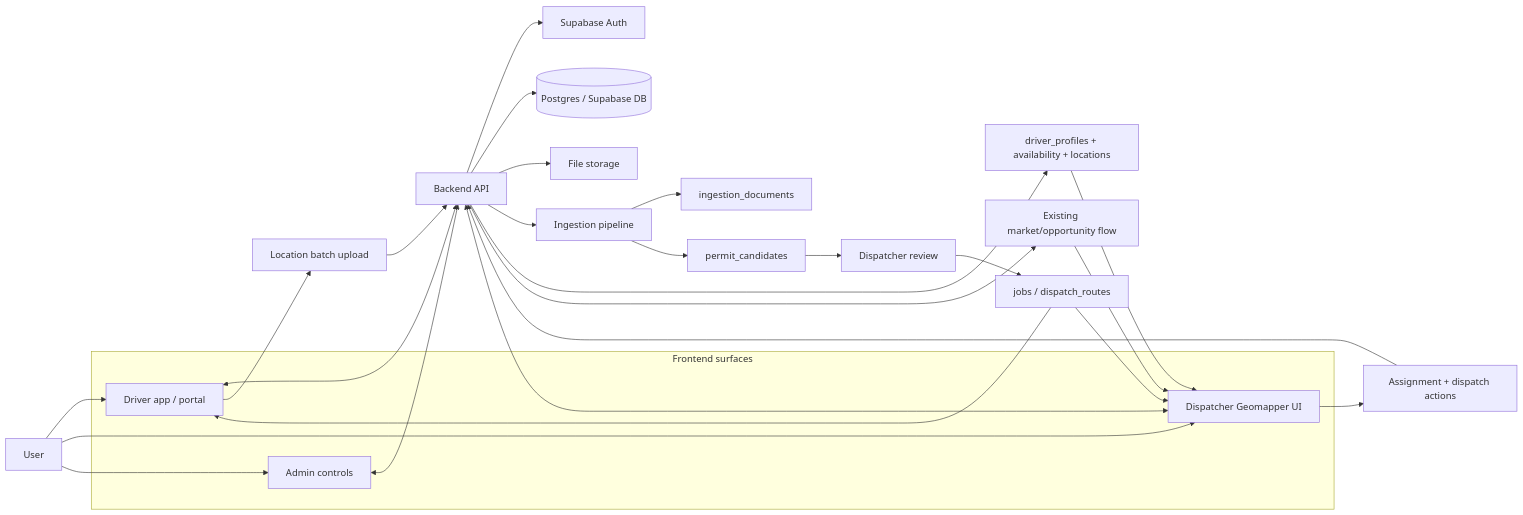
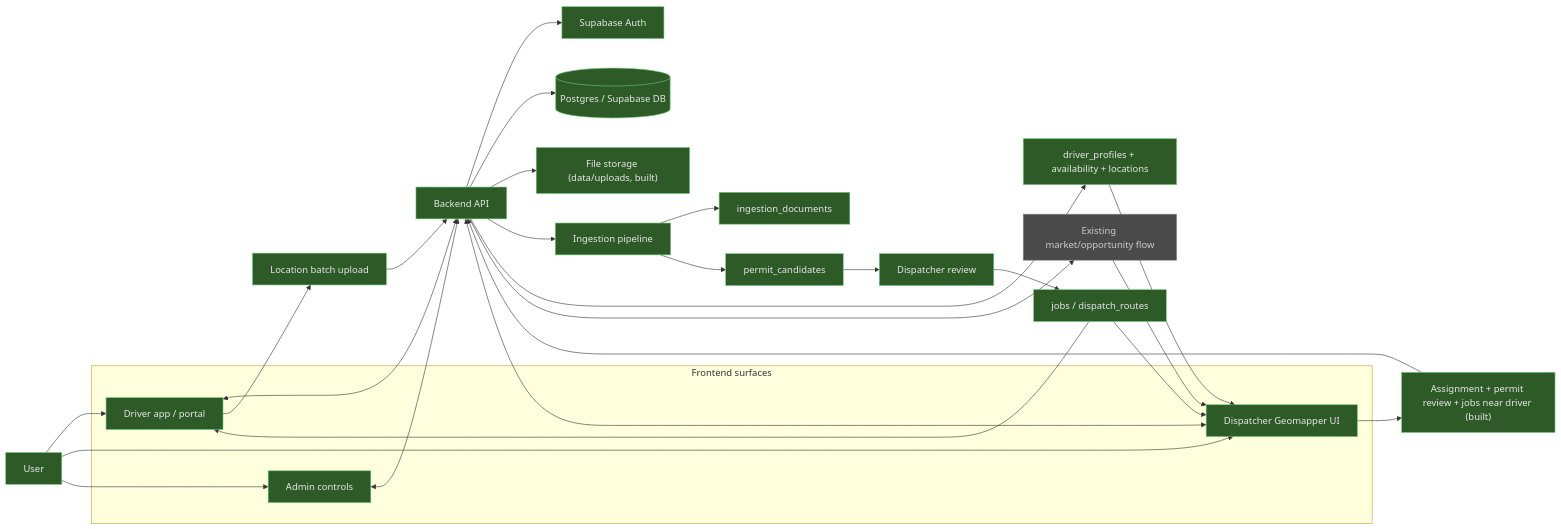
Before and after one commit to AlexGuruz/gigatt-geomapper: the first of 24 diagrams in plan.md, drawn with Mermaid. The commit also changed other lines of this file and 52 other files, not shown here.

````diff
--- a/plan.md
+++ b/plan.md
@@ -33,39 +39,45 @@
 ```mermaid
 flowchart LR
+    classDef built fill:#2d5a27,stroke:#6bcf7c,color:#e8e8e8
+    classDef unbuilt fill:#4a4a4a,stroke:#888,color:#ccc
+
     U[User] --> Driver[Driver app / portal]
     U --> Dispatch[Dispatcher Geomapper UI]
     U --> Admin[Admin controls]
 
     subgraph Frontend["Frontend surfaces"]
         Driver
         Dispatch
         Admin
     end
 
     Driver <--> API[Backend API]
     Dispatch <--> API
     Admin <--> API
 
     API --> Auth[Supabase Auth]
     API --> DB[(Postgres / Supabase DB)]
-    API --> Store[File storage]
+    API --> Store["File storage (data/uploads, built)"]
 
     Driver --> Batch[Location batch upload]
     Batch --> API
 
-    Dispatch --> Assign[Assignment + dispatch actions]
+    Dispatch --> Assign["Assignment + permit review + jobs near driver (built)"]
     Assign --> API
 
     API --> Ingest[Ingestion pipeline]
     Ingest --> InDoc[ingestion_documents]
     Ingest --> Candidate[permit_candidates]
     Candidate --> Review[Dispatcher review]
     Review --> Job[jobs / dispatch_routes]
     Job --> Driver
 
     API --> Drivers[driver_profiles + availability + locations]
     API --> Market[Existing market/opportunity flow]
     Market --> Dispatch
     Drivers --> Dispatch
     Job --> Dispatch
+
+    class U,Driver,Dispatch,Admin,API,Auth,DB,Store,Batch,Assign,Ingest,InDoc,Candidate,Review,Job,Drivers built
+    class Market unbuilt
 ```
````
